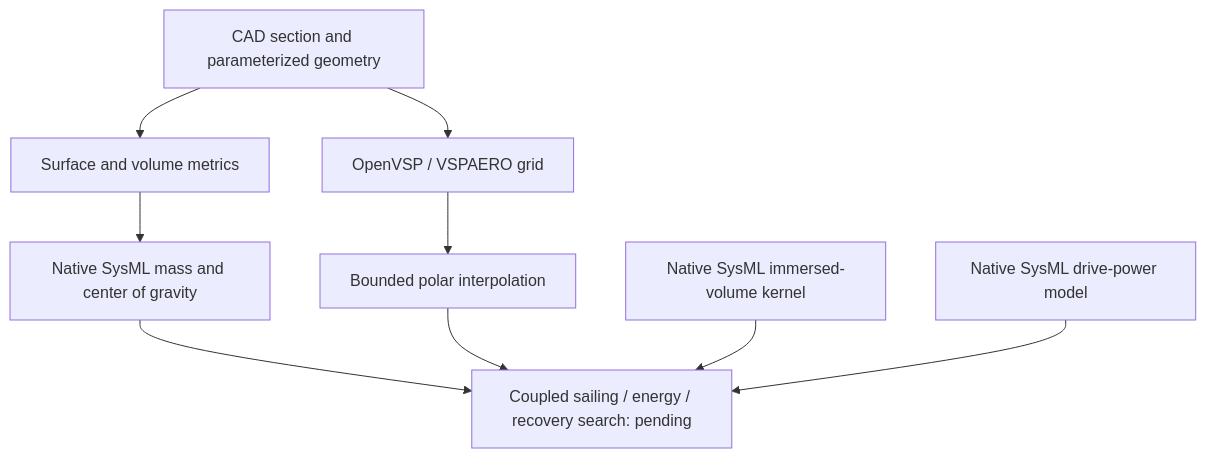
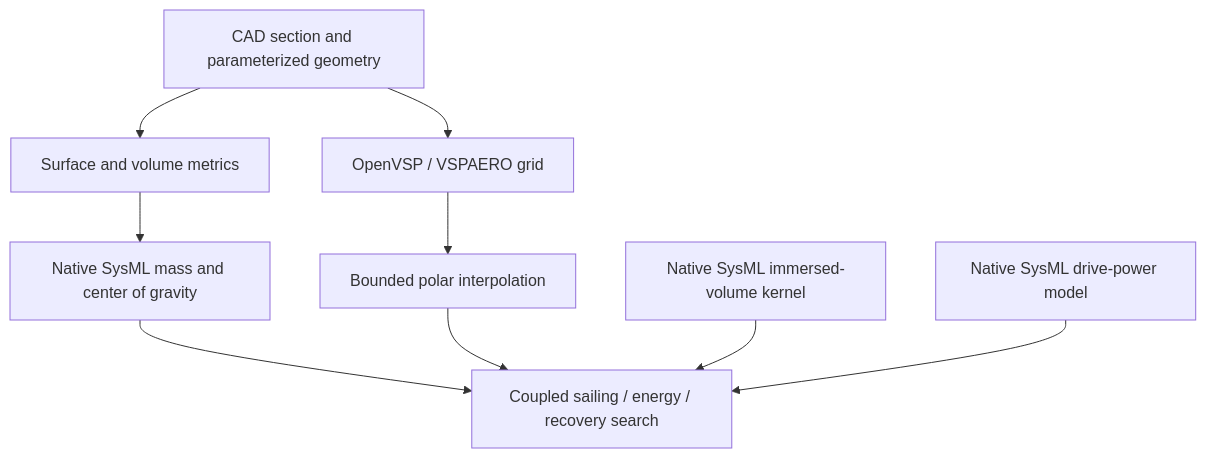
The diagram in docs/coupled-inputs.md (DavidIngraham/sv-blue-dog), drawn with Mermaid before and after one commit. The commit also changed other lines of this file and 11 other files, not shown here.

````diff
--- a/docs/coupled-inputs.md
+++ b/docs/coupled-inputs.md
@@ -40,11 +40,11 @@
 ```mermaid
 flowchart TD
   CAD[CAD section and parameterized geometry] --> G[Surface and volume metrics]
   G --> M[Native SysML mass and center of gravity]
   CAD --> V[OpenVSP / VSPAERO grid]
   V --> I[Bounded polar interpolation]
-  M --> C[Coupled sailing / energy / recovery search: pending]
+  M --> C[Coupled sailing / energy / recovery search]
   I --> C
   H[Native SysML immersed-volume kernel] --> C
   D[Native SysML drive-power model] --> C
 ```
````
